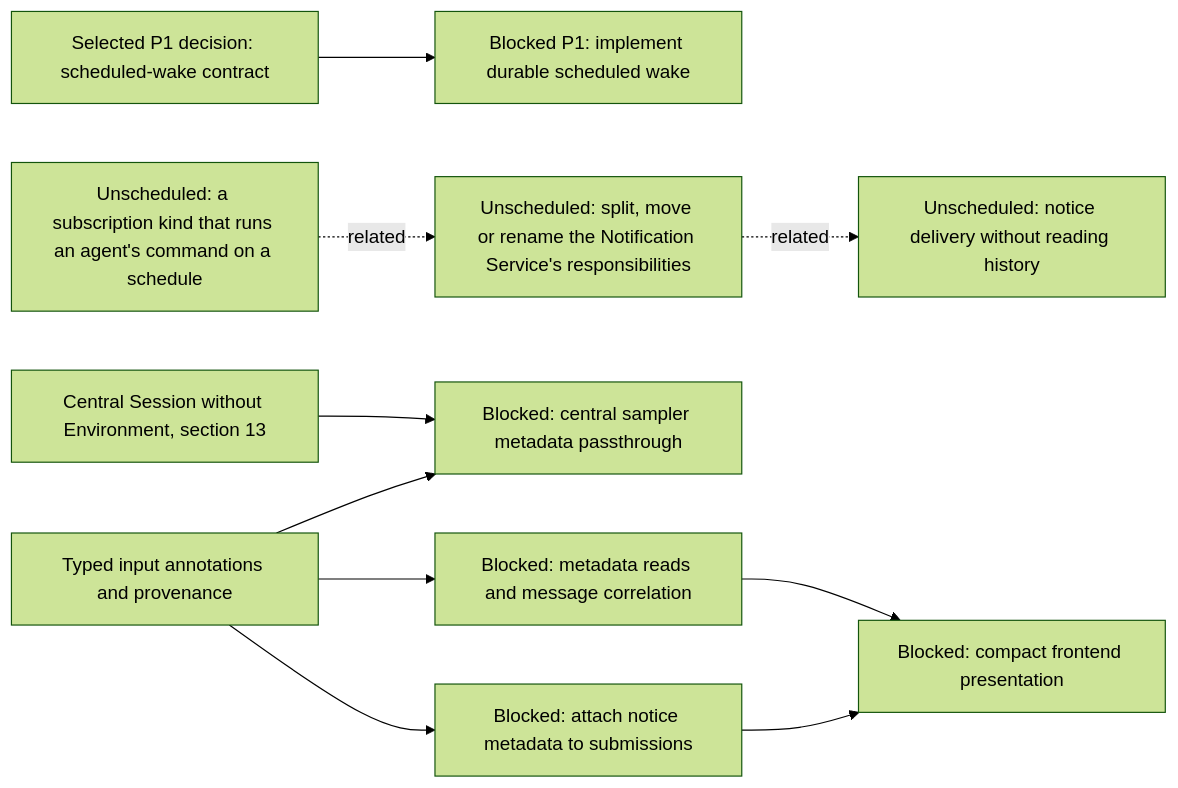
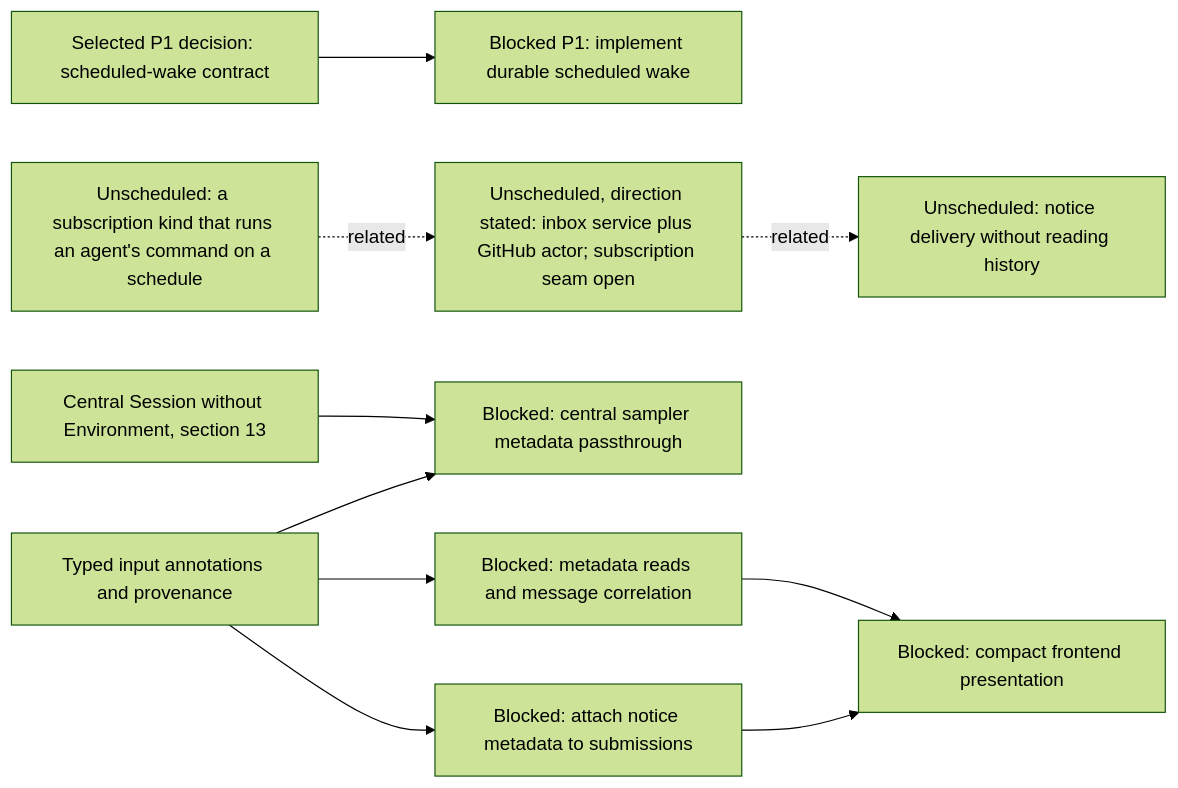
One commit to agentydragon/ducktape changed the fourth of 21 diagrams in agentplane/plans/task_dag.md. Above: the diagram before and after it, drawn with Mermaid (forest theme). The commit also changed other lines of this file and 1 other file, not shown here.

````diff
--- a/agentplane/plans/task_dag.md
+++ b/agentplane/plans/task_dag.md
@@ -226,23 +317,23 @@
 ```mermaid
 flowchart LR
     SCHEDULED_AGENT_WAKE_DESIGN[Selected P1 decision: scheduled-wake contract]
     SCHEDULED_AGENT_WAKE[Blocked P1: implement durable scheduled wake]
     SCHEDULED_AGENT_WAKE_DESIGN --> SCHEDULED_AGENT_WAKE
     NOTIFICATION_COMMAND_OUTCOME_DESIGN[Unscheduled: notice delivery without reading history]
-    NOTIFICATION_SERVICE_SPLIT[Unscheduled: split, move or rename the Notification Service's responsibilities]
+    NOTIFICATION_SERVICE_SPLIT[Unscheduled, direction stated: inbox service plus GitHub actor; subscription seam open]
     NOTIFICATION_SERVICE_SPLIT -. related .-> NOTIFICATION_COMMAND_OUTCOME_DESIGN
     COMMAND_WATCH_SUBSCRIPTION_DESIGN[Unscheduled: a subscription kind that runs an agent's command on a schedule]
     COMMAND_WATCH_SUBSCRIPTION_DESIGN -. related .-> NOTIFICATION_SERVICE_SPLIT
     SESSION_INPUT_METADATA[Typed input annotations and provenance]
     CENTRAL_SESSION_WITHOUT_ENVIRONMENT[Central Session without Environment, section 13]
     CENTRAL_SESSION_INPUT_METADATA[Blocked: central sampler metadata passthrough]
     SESSION_INPUT_METADATA --> CENTRAL_SESSION_INPUT_METADATA
     CENTRAL_SESSION_WITHOUT_ENVIRONMENT --> CENTRAL_SESSION_INPUT_METADATA
     SESSION_INPUT_METADATA_READ[Blocked: metadata reads and message correlation]
     NOTIFICATION_NOTICE_METADATA[Blocked: attach notice metadata to submissions]
     NOTIFICATION_PRESENTATION[Blocked: compact frontend presentation]
     SESSION_INPUT_METADATA --> SESSION_INPUT_METADATA_READ
     SESSION_INPUT_METADATA --> NOTIFICATION_NOTICE_METADATA
     SESSION_INPUT_METADATA_READ --> NOTIFICATION_PRESENTATION
     NOTIFICATION_NOTICE_METADATA --> NOTIFICATION_PRESENTATION
 ```
````
